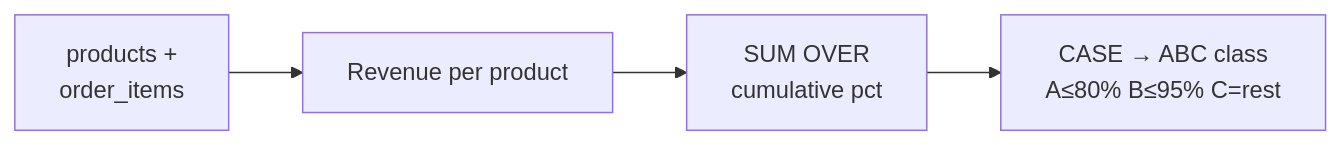
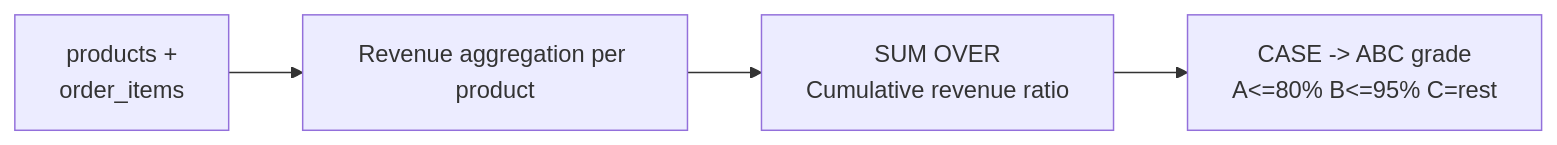
One commit to civilian7/sql-tutorial changed diagram 11 of 18 in docs/en/schema/views.md. Above: the diagram before and after it, drawn with Mermaid. The commit also changed other lines of this file and 121 other files, not shown here.

````diff
--- a/docs/en/schema/views.md
+++ b/docs/en/schema/views.md
@@ -1050,9 +1064,9 @@
 ```mermaid
 flowchart LR
     A["products +
-    order_items"] --> B["Revenue per product"]
+    order_items"] --> B["Revenue aggregation per product"]
     B --> C["SUM OVER
-    cumulative pct"]
-    C --> D["CASE → ABC class
-    A≤80% B≤95% C=rest"]
+    Cumulative revenue ratio"]
+    C --> D["CASE -> ABC grade
+    A<=80% B<=95% C=rest"]
 ```
````
